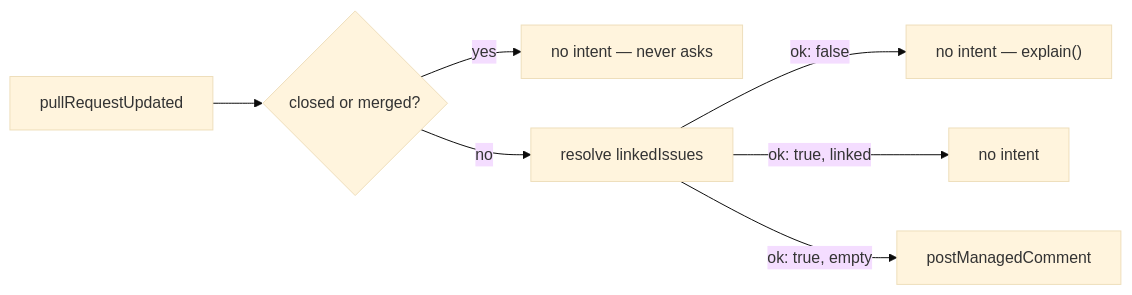
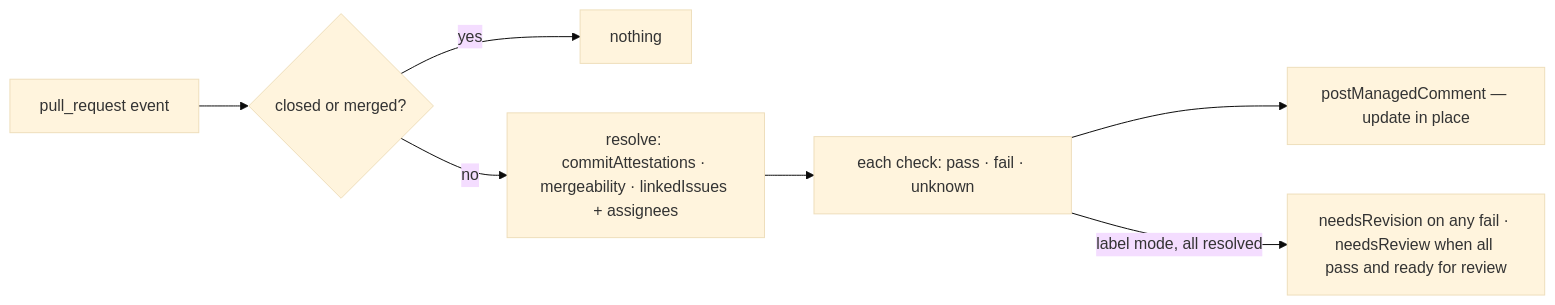
The diagram in design/guides/capabilities/pr-quality.md (exploreriii/sdk-automations), drawn with Mermaid (base theme) before and after one commit. The commit also changed other lines of this file, not shown here.

````diff
--- a/design/guides/capabilities/pr-quality.md
+++ b/design/guides/capabilities/pr-quality.md
@@ -22,9 +96,9 @@
 ```mermaid
 flowchart LR
-    O["pullRequestUpdated"] --> CL{"closed or merged?"}
-    CL -->|yes| N0["no intent — never asks"]
-    CL -->|no| R["resolve linkedIssues"]
-    R -->|"ok: false"| X["no intent — explain()"]
-    R -->|"ok: true, linked"| N1["no intent"]
-    R -->|"ok: true, empty"| I["postManagedComment"]
+    O["pull_request event"] --> CL{"closed or merged?"}
+    CL -->|yes| N0["nothing"]
+    CL -->|no| R["resolve: commitAttestations · mergeability · linkedIssues + assignees"]
+    R --> S["each check: pass · fail · unknown"]
+    S --> I["postManagedComment — update in place"]
+    S -->|"label mode, all resolved"| L["needsRevision on any fail · needsReview when all pass and ready for review"]
 ```
````
